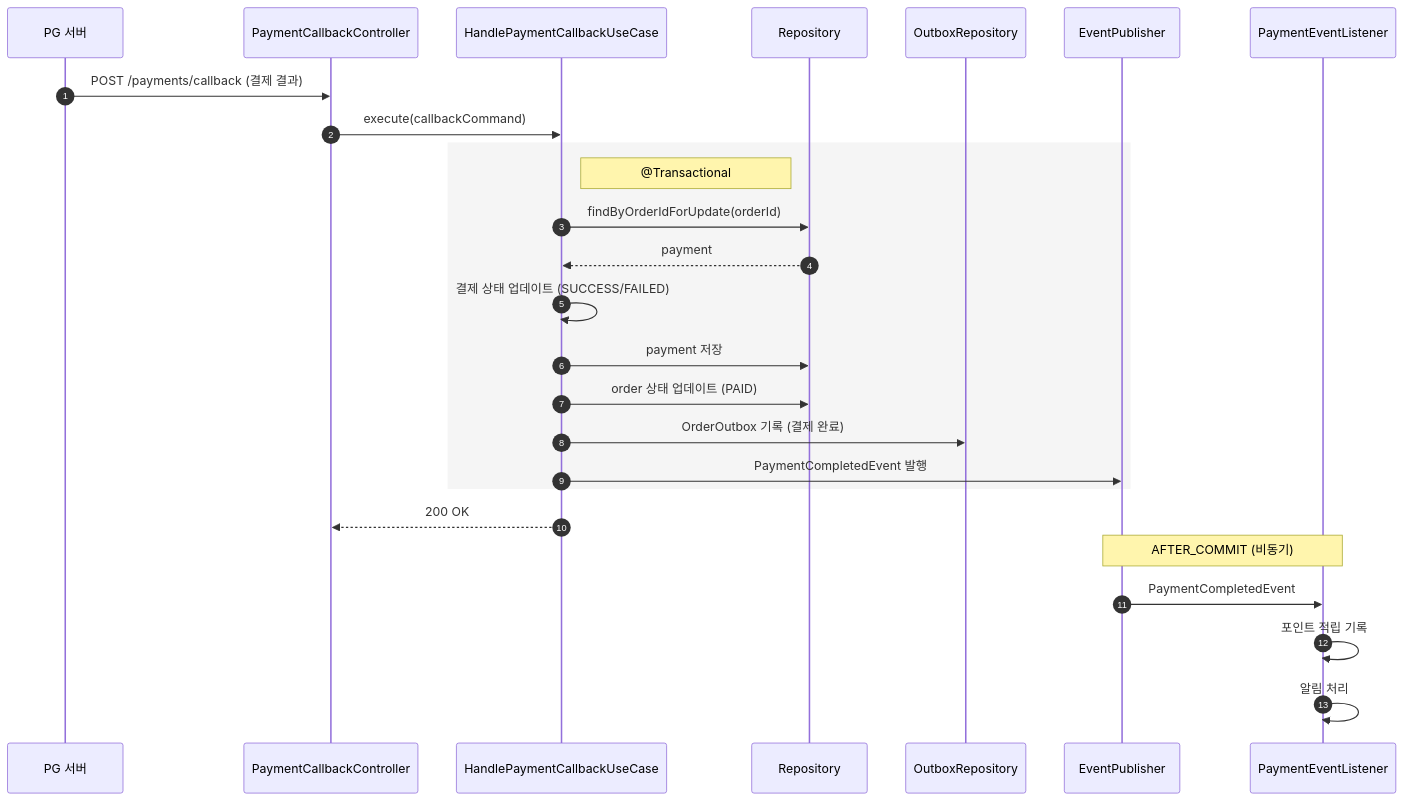
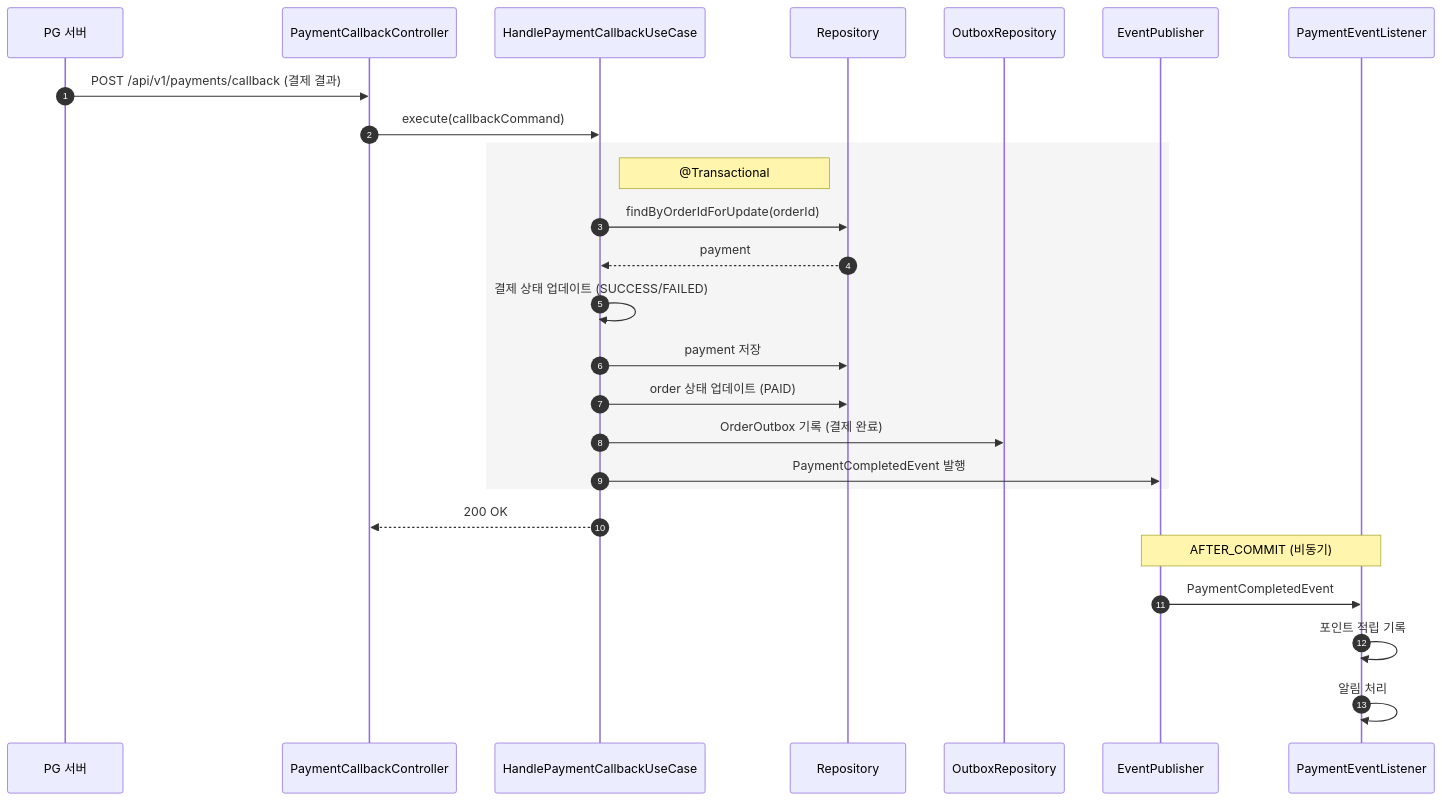
One commit to Loopers-dev-lab/loop-pack-be-l2-vol3-kotlin changed diagram 37 of 44 in docs/design/02-sequence-diagrams.md. Above: the diagram before and after it, drawn with Mermaid. The commit also changed other lines of this file and 14 other files, not shown here.

````diff
--- a/docs/design/02-sequence-diagrams.md
+++ b/docs/design/02-sequence-diagrams.md
@@ -1248,32 +1248,32 @@
 ```mermaid
 sequenceDiagram
     autonumber
     participant PG as PG 서버
     participant C as PaymentCallbackController
     participant UC as HandlePaymentCallbackUseCase
     participant R as Repository
     participant OR as OutboxRepository
     participant EP as EventPublisher
     participant EL as PaymentEventListener
 
-    PG ->> C: POST /payments/callback (결제 결과)
+    PG ->> C: POST /api/v1/payments/callback (결제 결과)
     C ->> UC: execute(callbackCommand)
 
     rect rgb(245, 245, 245)
         Note right of UC: @Transactional
         UC ->> R: findByOrderIdForUpdate(orderId)
         R -->> UC: payment
         UC ->> UC: 결제 상태 업데이트 (SUCCESS/FAILED)
         UC ->> R: payment 저장
         UC ->> R: order 상태 업데이트 (PAID)
         UC ->> OR: OrderOutbox 기록 (결제 완료)
         UC ->> EP: PaymentCompletedEvent 발행
     end
 
     UC -->> C: 200 OK
 
     Note over EP, EL: AFTER_COMMIT (비동기)
     EP ->> EL: PaymentCompletedEvent
     EL ->> EL: 포인트 적립 기록
     EL ->> EL: 알림 처리
 ```
````
